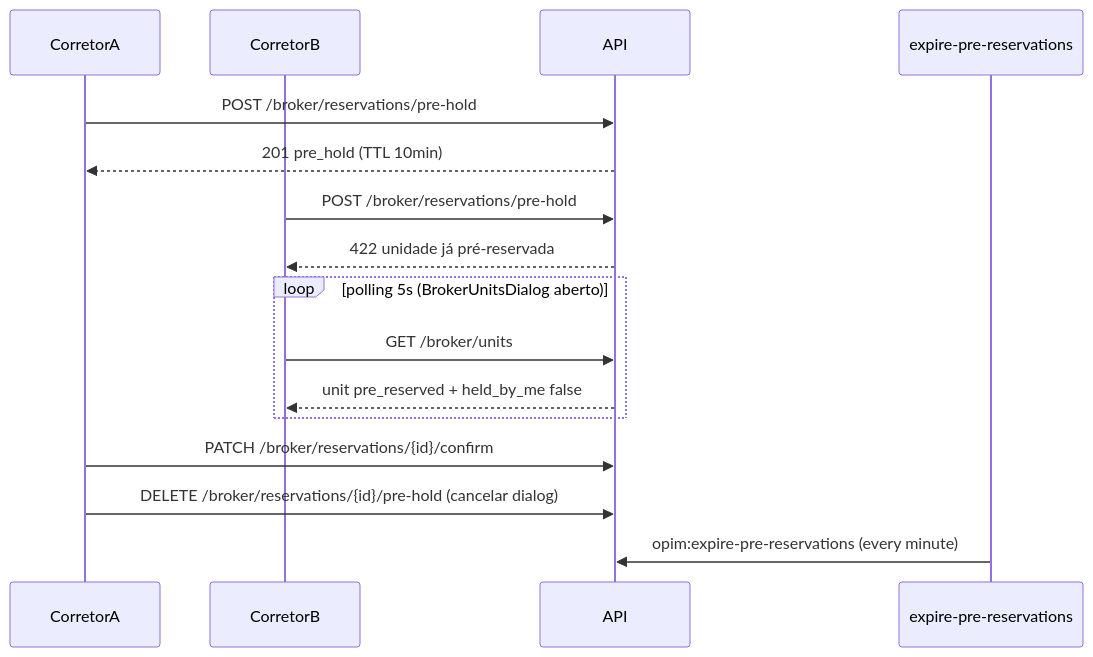
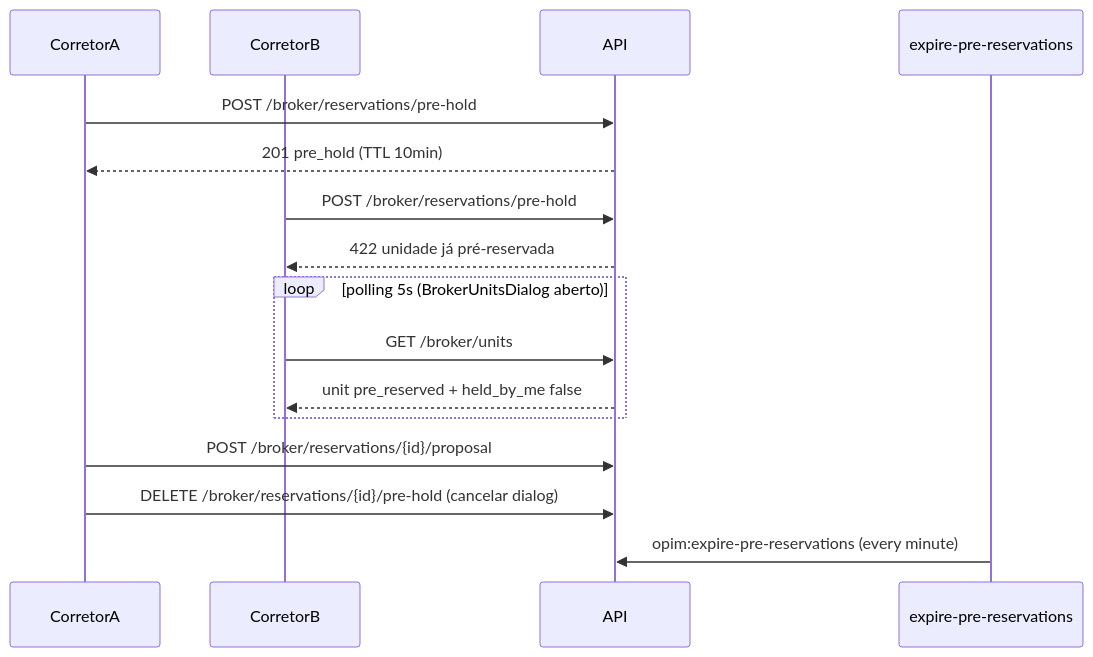
One commit to laerciocrestani/oportalimobiliario changed the third of 9 diagrams in .specs/codebase/FLOWS.md. Above: the diagram before and after it, drawn with Mermaid. The commit also changed other lines of this file and 5 other files, not shown here.

First line of the commit message:
docs(reservation-timeline): mark Fase B as done

````diff
--- a/.specs/codebase/FLOWS.md
+++ b/.specs/codebase/FLOWS.md
@@ -56,19 +54,19 @@
 ```mermaid
 sequenceDiagram
     participant A as CorretorA
     participant B as CorretorB
     participant API as API
     participant CMD as expire-pre-reservations
 
     A->>API: POST /broker/reservations/pre-hold
     API-->>A: 201 pre_hold (TTL 10min)
     B->>API: POST /broker/reservations/pre-hold
     API-->>B: 422 unidade já pré-reservada
     loop polling 5s (BrokerUnitsDialog aberto)
         B->>API: GET /broker/units
         API-->>B: unit pre_reserved + held_by_me false
     end
-    A->>API: PATCH /broker/reservations/{id}/confirm
+    A->>API: POST /broker/reservations/{id}/proposal
     A->>API: DELETE /broker/reservations/{id}/pre-hold (cancelar dialog)
     CMD->>API: opim:expire-pre-reservations (every minute)
 ```
````
